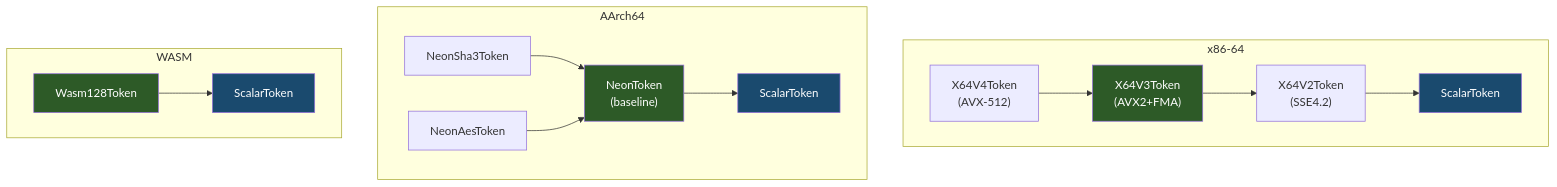
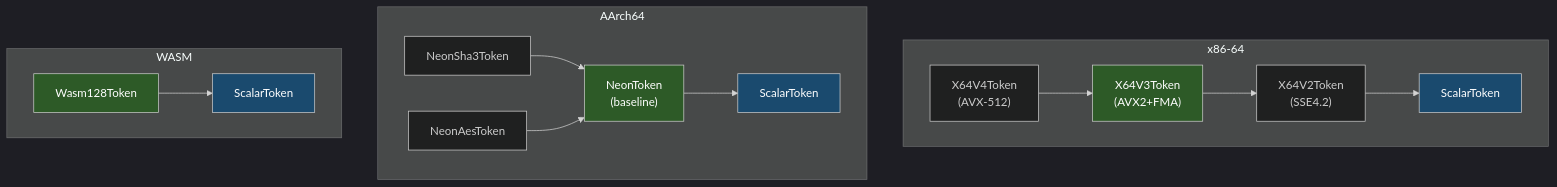
Before and after one commit to imazen/archmage: the diagram in docs/book/src/dispatch/tiered-fallback.md, drawn with Mermaid. The commit also changed 4 other files, not shown here.

First line of the commit message:
docs: hardcode mermaid dark theme, remove init JS reference

````diff
--- a/docs/book/src/dispatch/tiered-fallback.md
+++ b/docs/book/src/dispatch/tiered-fallback.md
@@ -7,23 +7,24 @@
 ```mermaid
+%%{init: { 'theme': 'dark' }}%%
 flowchart TD
     subgraph x86["x86-64"]
         V4["X64V4Token<br/>(AVX-512)"] --> V3["X64V3Token<br/>(AVX2+FMA)"]
         V3 --> V2["X64V2Token<br/>(SSE4.2)"]
         V2 --> S1["ScalarToken"]
     end
     subgraph arm["AArch64"]
         SHA3["NeonSha3Token"] --> NEON["NeonToken<br/>(baseline)"]
         AES["NeonAesToken"] --> NEON
         NEON --> S2["ScalarToken"]
     end
     subgraph wasm["WASM"]
         W128["Wasm128Token"] --> S3["ScalarToken"]
     end
 
     style V3 fill:#2d5a27,color:#fff
     style NEON fill:#2d5a27,color:#fff
     style W128 fill:#2d5a27,color:#fff
     style S1 fill:#1a4a6e,color:#fff
     style S2 fill:#1a4a6e,color:#fff
     style S3 fill:#1a4a6e,color:#fff
 ```
````
